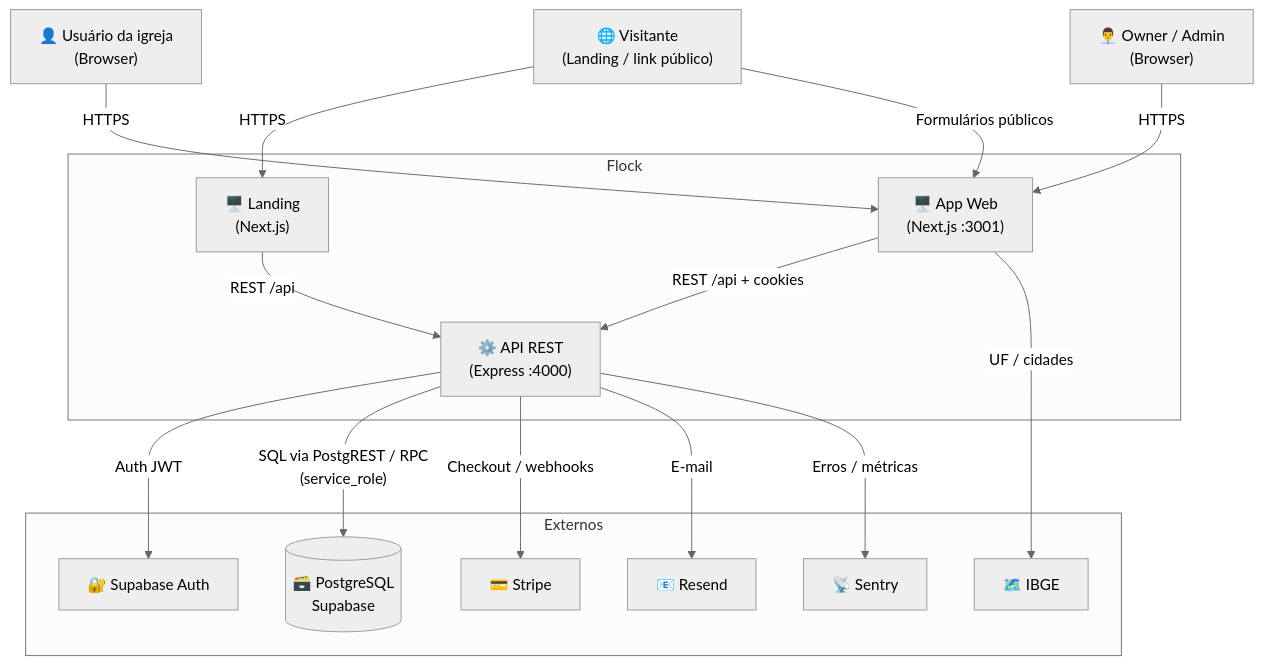
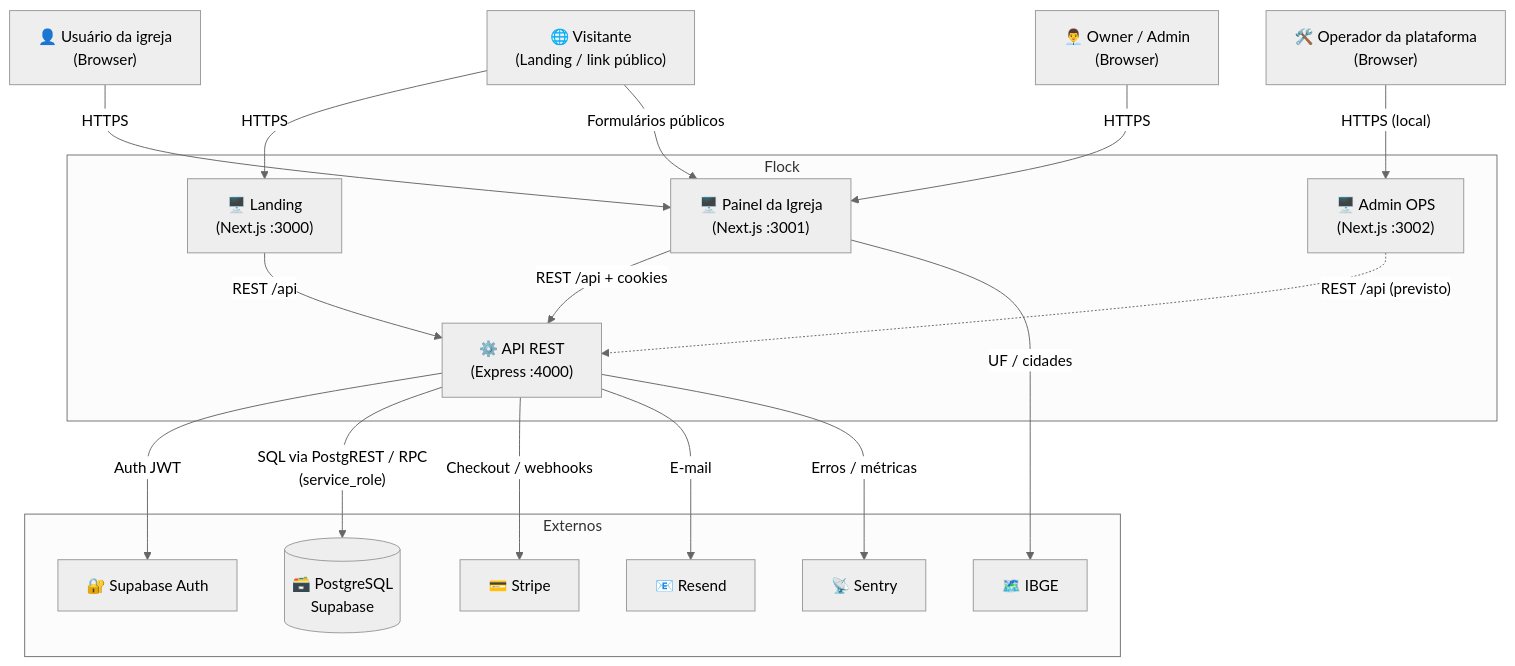
The diagram in docs/03_arquitetura/1-visao-geral.md (vinic-asouza/flock), drawn with Mermaid (neutral theme) before and after one commit. The commit also changed other lines of this file and 16 other files, not shown here.

First line of the commit message:
docs(admin-ops): record fourth monorepo surface

````diff
--- a/docs/03_arquitetura/1-visao-geral.md
+++ b/docs/03_arquitetura/1-visao-geral.md
@@ -78,34 +79,38 @@
 ```mermaid
 flowchart TB
   user["👤 Usuário da igreja\n(Browser)"]
   admin["👨‍💼 Owner / Admin\n(Browser)"]
   visitor["🌐 Visitante\n(Landing / link público)"]
+  staff["🛠️ Operador da plataforma\n(Browser)"]
 
   subgraph sistema ["Flock"]
-    landing["🖥️ Landing\n(Next.js)"]
-    app["🖥️ App Web\n(Next.js :3001)"]
+    landing["🖥️ Landing\n(Next.js :3000)"]
+    app["🖥️ Painel da Igreja\n(Next.js :3001)"]
+    ops["🖥️ Admin OPS\n(Next.js :3002)"]
     api["⚙️ API REST\n(Express :4000)"]
   end
 
   subgraph externos ["Externos"]
     supabaseAuth["🔐 Supabase Auth"]
     supabaseDb[("🗃️ PostgreSQL\nSupabase")]
     stripe["💳 Stripe"]
     resend["📧 Resend"]
     sentry["📡 Sentry"]
     ibge["🗺️ IBGE"]
   end
 
   user -->|"HTTPS"| app
   admin -->|"HTTPS"| app
   visitor -->|"HTTPS"| landing
   visitor -->|"Formulários públicos"| app
+  staff -->|"HTTPS (local)"| ops
   landing -->|"REST /api"| api
   app -->|"REST /api + cookies"| api
+  ops -.->|"REST /api (previsto)"| api
   api -->|"Auth JWT"| supabaseAuth
   api -->|"SQL via PostgREST / RPC\n(service_role)"| supabaseDb
   api -->|"Checkout / webhooks"| stripe
   api -->|"E-mail"| resend
   api -->|"Erros / métricas"| sentry
   app -->|"UF / cidades"| ibge
 ```
````
